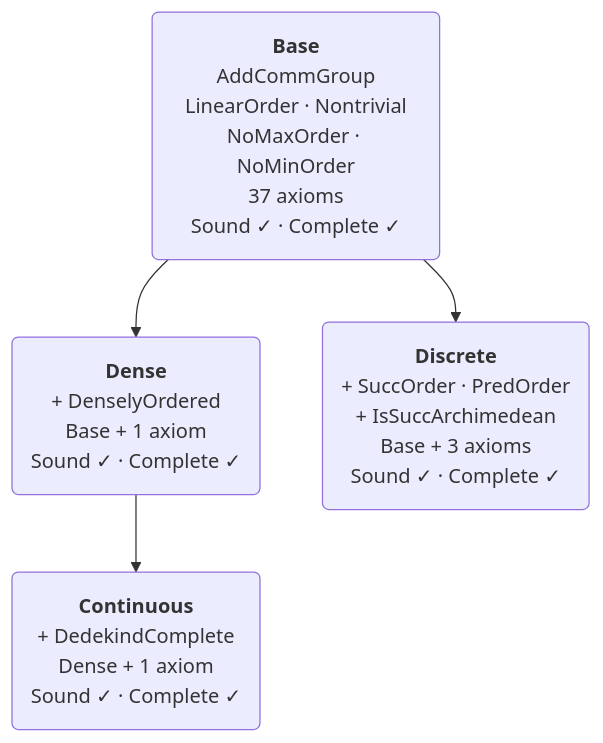
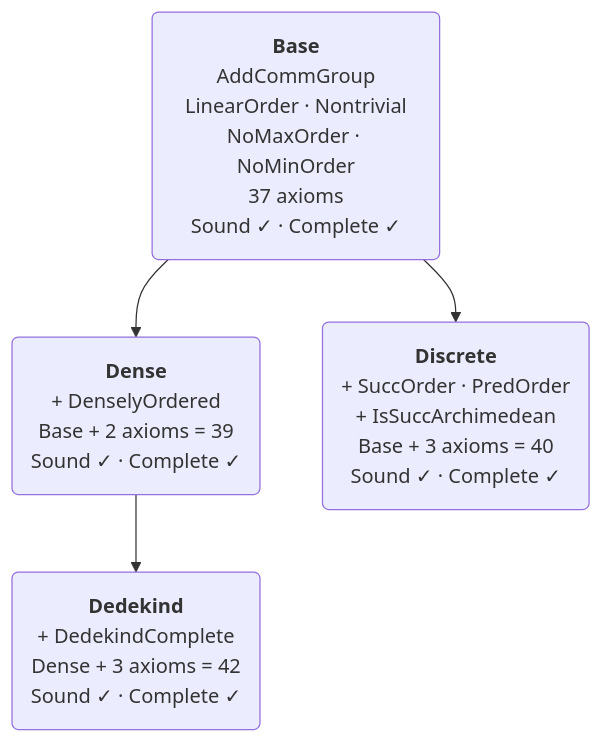
The diagram in README.md (benbrastmckie/BimodalLogic), drawn with Mermaid before and after one commit. The commit also changed other lines of this file and 2 other files, not shown here.

````diff
--- a/README.md
+++ b/README.md
@@ -139,11 +154,11 @@
 ```mermaid
 graph TD
     B("<b>Base</b><br/>AddCommGroup<br/>LinearOrder · Nontrivial<br/>NoMaxOrder · NoMinOrder<br/>37 axioms<br/>Sound ✓ · Complete ✓")
-    D("<b>Dense</b><br/>+ DenselyOrdered<br/>Base + 1 axiom<br/>Sound ✓ · Complete ✓")
-    C("<b>Continuous</b><br/>+ DedekindComplete<br/>Dense + 1 axiom<br/>Sound ✓ · Complete ✓")
-    Z("<b>Discrete</b><br/>+ SuccOrder · PredOrder<br/>+ IsSuccArchimedean<br/>Base + 3 axioms<br/>Sound ✓ · Complete ✓")
+    D("<b>Dense</b><br/>+ DenselyOrdered<br/>Base + 2 axioms = 39<br/>Sound ✓ · Complete ✓")
+    C("<b>Dedekind</b><br/>+ DedekindComplete<br/>Dense + 3 axioms = 42<br/>Sound ✓ · Complete ✓")
+    Z("<b>Discrete</b><br/>+ SuccOrder · PredOrder<br/>+ IsSuccArchimedean<br/>Base + 3 axioms = 40<br/>Sound ✓ · Complete ✓")
 
     B --> D
     D --> C
     B --> Z
 ```
````
